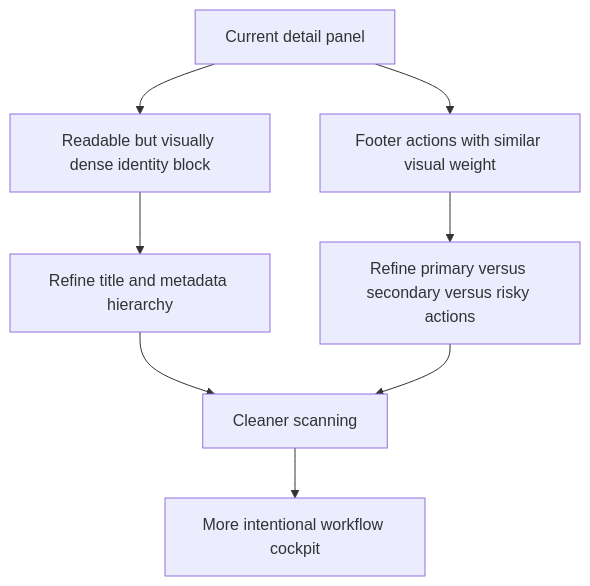
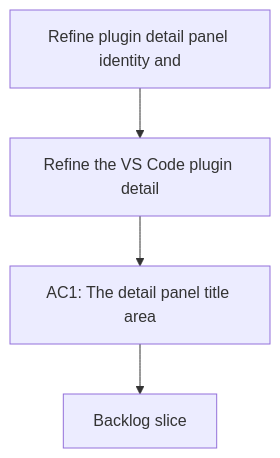
One commit to AlexAgo83/logics-manager changed the diagram in logics/request/req_024_refine_plugin_detail_panel_identity_and_action_hierarchy.md. Above: the diagram before and after it, drawn with Mermaid. The commit also changed other lines of this file and 481 other files, not shown here.

Commit message:
Normalize Logics docs and workflow indicators

````diff
--- a/logics/request/req_024_refine_plugin_detail_panel_identity_and_action_hierarchy.md
+++ b/logics/request/req_024_refine_plugin_detail_panel_identity_and_action_hierarchy.md
@@ -37,11 +37,8 @@
 ```mermaid
+%% logics-kind: request
 %% logics-signature: request|refine-plugin-detail-panel-identity-and-|refine-the-vs-code-plugin-detail|ac1-the-detail-panel-title-area
 flowchart TD
-    A[Current detail panel] --> B[Readable but visually dense identity block]
-    A --> C[Footer actions with similar visual weight]
-    B --> D[Refine title and metadata hierarchy]
-    C --> E[Refine primary versus secondary versus risky actions]
-    D --> F[Cleaner scanning]
-    E --> F
-    F --> G[More intentional workflow cockpit]
+    Trigger[Refine plugin detail panel identity and] --> Need[Refine the VS Code plugin detail]
+    Need --> Outcome[AC1: The detail panel title area]
+    Outcome --> Backlog[Backlog slice]
 ```
````
